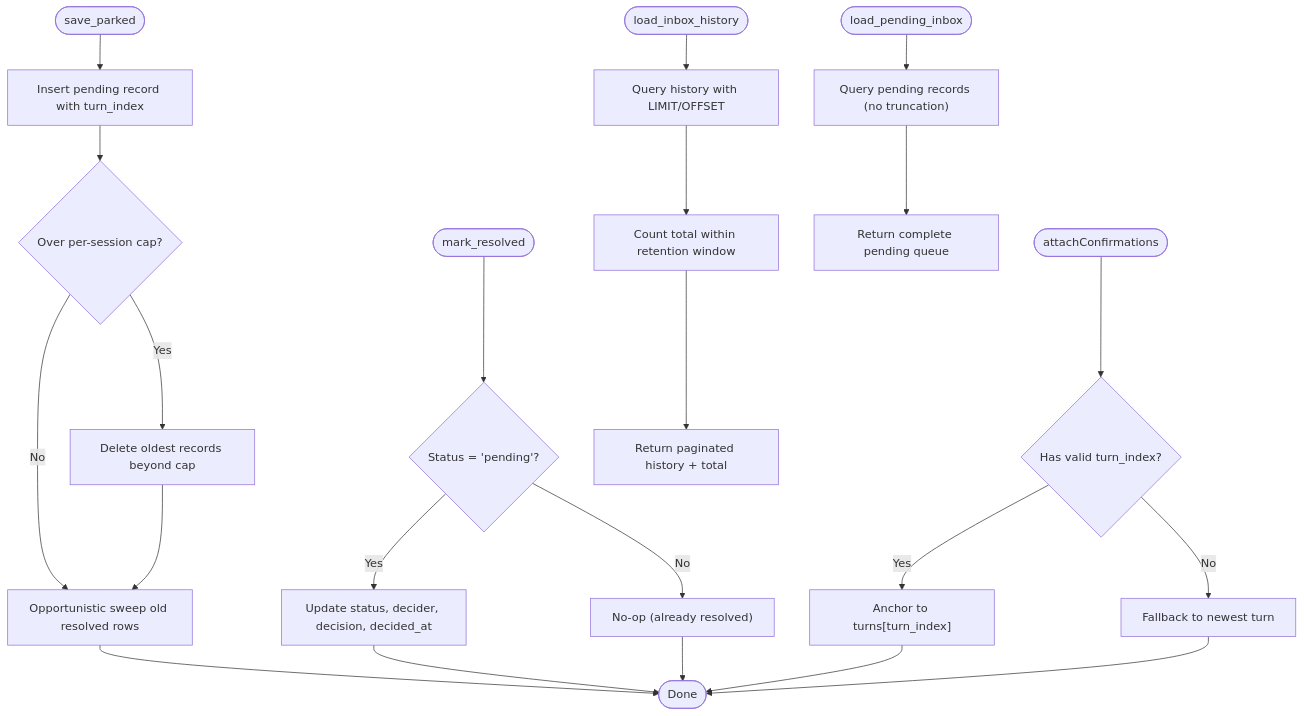
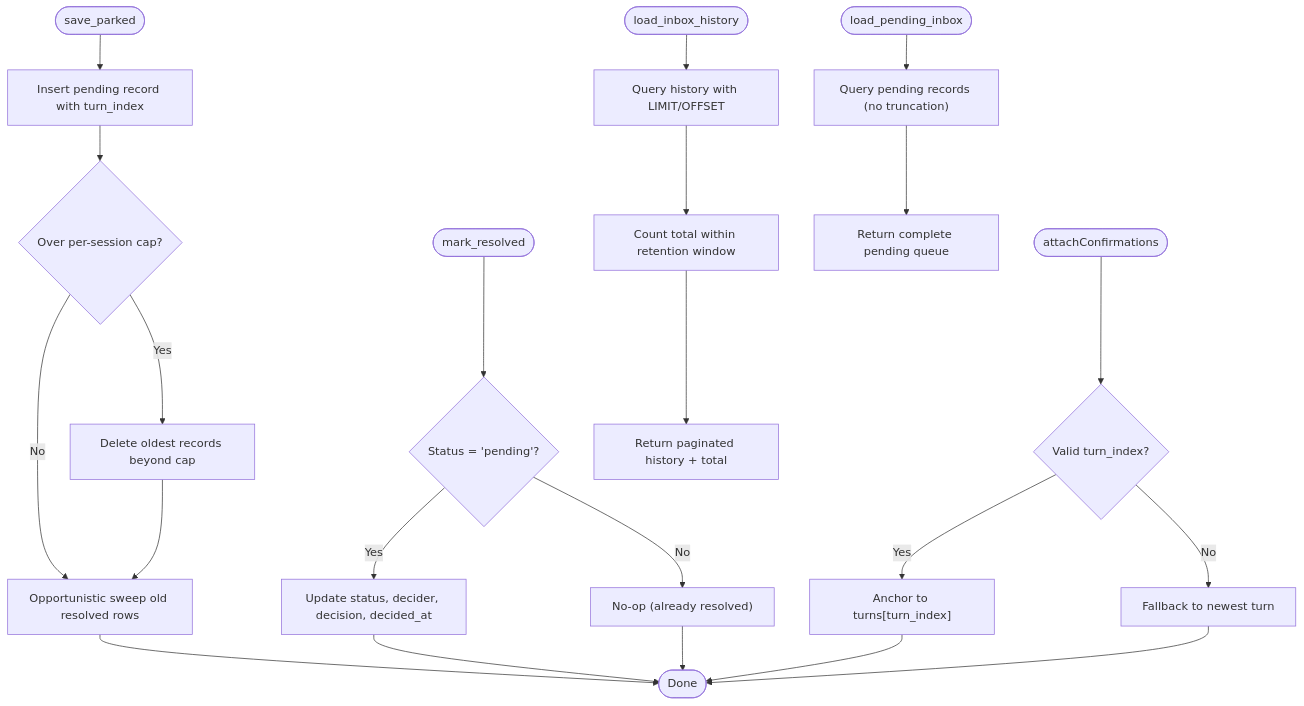
Before and after one commit to metasync/luban-aiops: the third of 13 diagrams in .qoder/repowiki/en/content/Architecture Documentation/SPEC-031_ Approval Inbox and Persistent Confirmation Cards.md, drawn with Mermaid. The commit also changed other lines of this file and 6 other files, not shown here.

````diff
--- a/.qoder/repowiki/en/content/Architecture Documentation/SPEC-031_ Approval Inbox and Persistent Confirmation Cards.md
+++ b/.qoder/repowiki/en/content/Architecture Documentation/SPEC-031_ Approval Inbox and Persistent Confirmation Cards.md
@@ -224,24 +234,24 @@
 ```mermaid
 flowchart TD
 Start([save_parked]) --> Insert["Insert pending record with turn_index"]
 Insert --> Evict{"Over per-session cap?"}
 Evict --> |Yes| DeleteOldest["Delete oldest records beyond cap"]
 Evict --> |No| Sweep["Opportunistic sweep old resolved rows"]
 DeleteOldest --> Sweep
 Sweep --> End([Done])
 MarkResolved([mark_resolved]) --> CheckStatus{"Status = 'pending'?"}
 CheckStatus --> |Yes| Update["Update status, decider, decision, decided_at"]
 CheckStatus --> |No| NoOp["No-op (already resolved)"]
 Update --> End
 NoOp --> End
-AttachCards([attachConfirmations]) --> CheckTurnIndex{"Has valid turn_index?"}
+AttachCards([attachConfirmations]) --> CheckTurnIndex{"Valid turn_index?"}
 CheckTurnIndex --> |Yes| AnchorToTurn["Anchor to turns[turn_index]"]
 CheckTurnIndex --> |No| Fallback["Fallback to newest turn"]
 AnchorToTurn --> End
 Fallback --> End
 LoadPending([load_pending_inbox]) --> QueryPending["Query pending records (no truncation)"]
 QueryPending --> ReturnPending["Return complete pending queue"]
 LoadHistory([load_inbox_history]) --> QueryHistory["Query history with LIMIT/OFFSET"]
 QueryHistory --> CountTotal["Count total within retention window"]
 CountTotal --> ReturnHistory["Return paginated history + total"]
 ```
````
